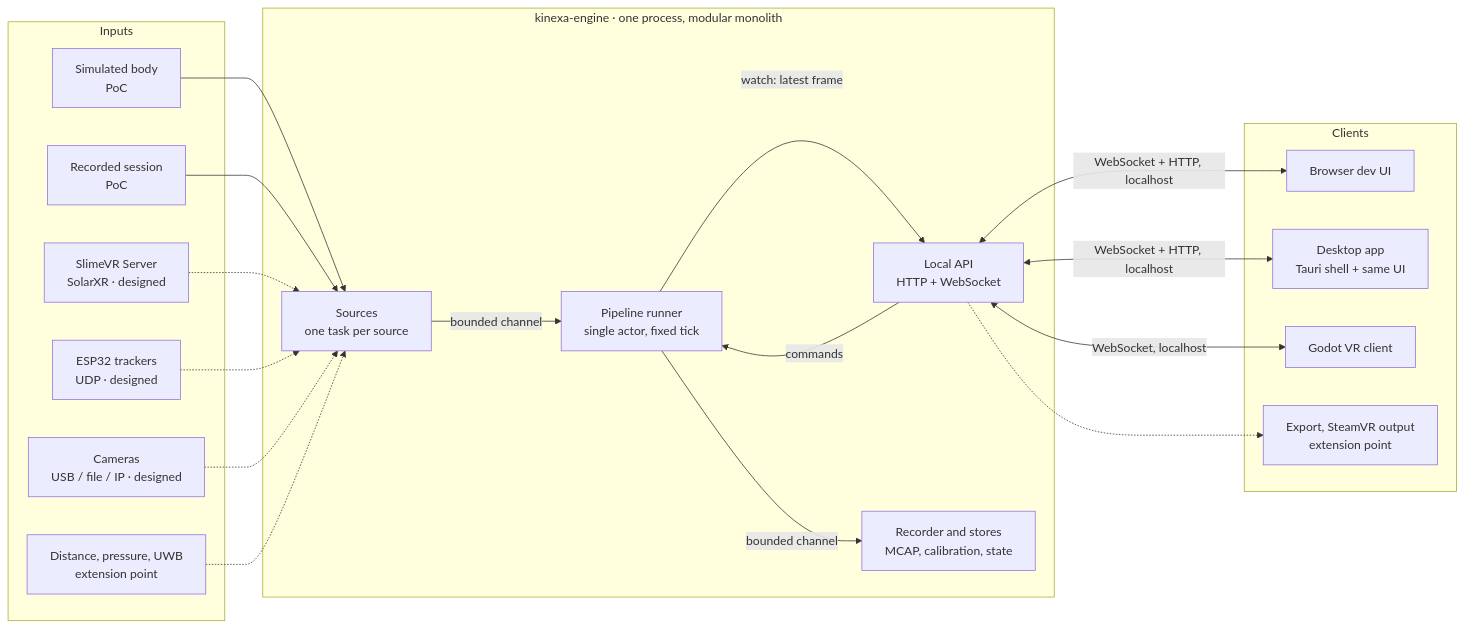
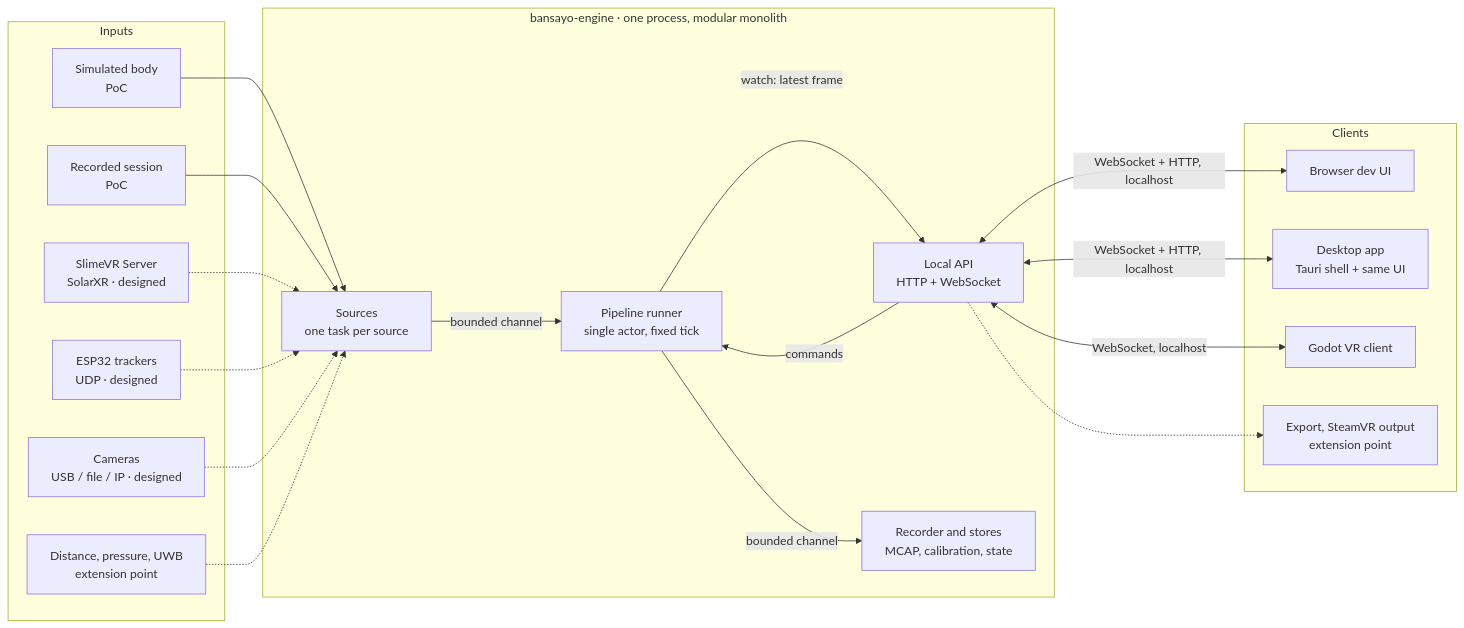
The first of 8 diagrams in docs/02-architecture.md (danielsobrado/Bansayo), drawn with Mermaid before and after one commit. The commit also changed other lines of this file and 184 other files, not shown here.

````diff
--- a/docs/02-architecture.md
+++ b/docs/02-architecture.md
@@ -9,40 +9,40 @@
 ```mermaid
 flowchart LR
   subgraph HW["Inputs"]
     SIM["Simulated body<br/>PoC"]
     REC["Recorded session<br/>PoC"]
     SLIME["SlimeVR Server<br/>SolarXR · designed"]
     ESP["ESP32 trackers<br/>UDP · designed"]
     CAM["Cameras<br/>USB / file / IP · designed"]
     AUX["Distance, pressure, UWB<br/>extension point"]
   end
 
-  subgraph ENGINE["kinexa-engine · one process, modular monolith"]
+  subgraph ENGINE["bansayo-engine · one process, modular monolith"]
     SRC["Sources<br/>one task per source"]
     PIPE["Pipeline runner<br/>single actor, fixed tick"]
     API["Local API<br/>HTTP + WebSocket"]
     STORE["Recorder and stores<br/>MCAP, calibration, state"]
     SRC -->|bounded channel| PIPE
     PIPE -->|watch: latest frame| API
     PIPE -->|bounded channel| STORE
     API -->|commands| PIPE
   end
 
   subgraph CLIENTS["Clients"]
     WEB["Browser dev UI"]
     DESK["Desktop app<br/>Tauri shell + same UI"]
     VR["Godot VR client"]
     EXT["Export, SteamVR output<br/>extension point"]
   end
 
   SIM --> SRC
   REC --> SRC
   SLIME -.-> SRC
   ESP -.-> SRC
   CAM -.-> SRC
   AUX -.-> SRC
   API <-->|"WebSocket + HTTP, localhost"| WEB
   API <-->|"WebSocket + HTTP, localhost"| DESK
   API <-->|"WebSocket, localhost"| VR
   API -.-> EXT
 ```
````
